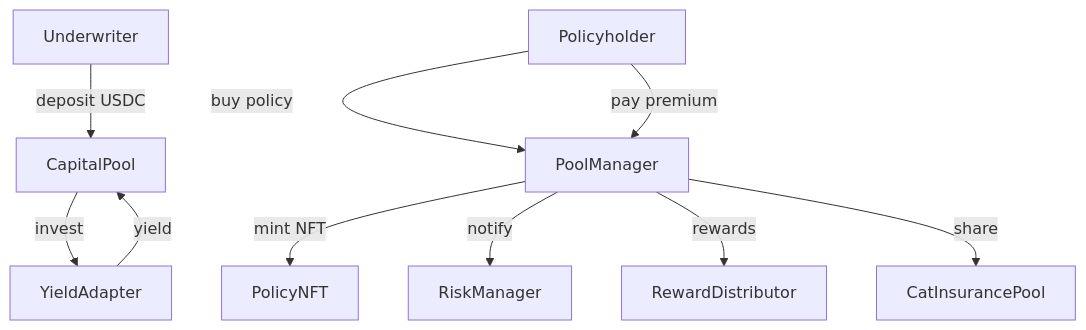
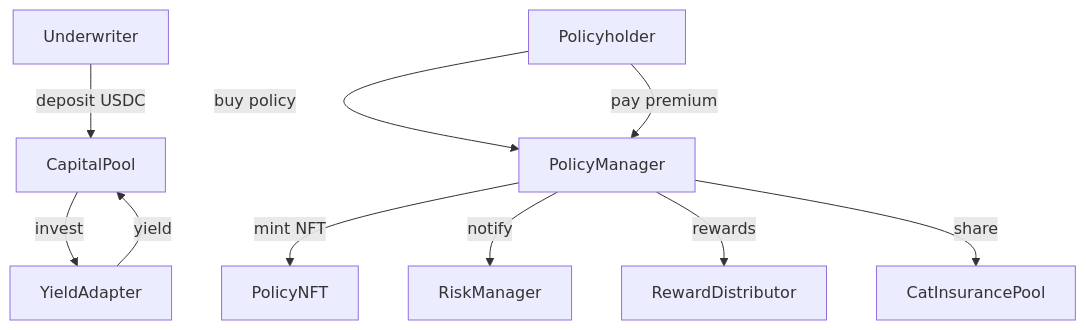
One commit to Amplify-Insurance/monorepo changed the first of 2 diagrams in README.md. Above: the diagram before and after it, drawn with Mermaid. The commit also changed 11 other files, not shown here.

Commit message:
Rename PoolManager references to PolicyManager

````diff
--- a/README.md
+++ b/README.md
@@ -290,12 +290,12 @@
 ```mermaid
 graph TD
     Underwriter -->|deposit USDC| CapitalPool
     CapitalPool -->|invest| YieldAdapter
     YieldAdapter -->|yield| CapitalPool
-    Policyholder -->|buy policy| PoolManager
-    PoolManager -->|mint NFT| PolicyNFT
-    PoolManager -->|notify| RiskManager
-    Policyholder -->|pay premium| PoolManager
-    PoolManager -->|rewards| RewardDistributor
-    PoolManager -->|share| CatInsurancePool
+    Policyholder -->|buy policy| PolicyManager
+    PolicyManager -->|mint NFT| PolicyNFT
+    PolicyManager -->|notify| RiskManager
+    Policyholder -->|pay premium| PolicyManager
+    PolicyManager -->|rewards| RewardDistributor
+    PolicyManager -->|share| CatInsurancePool
 ```
````
